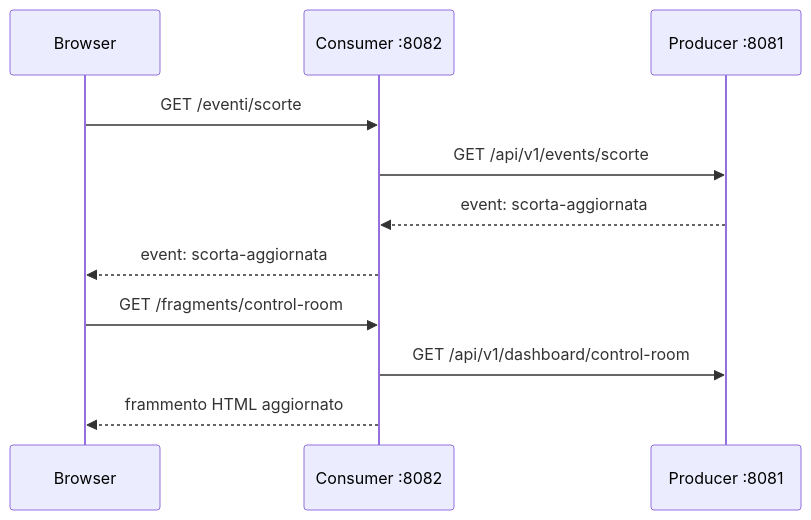
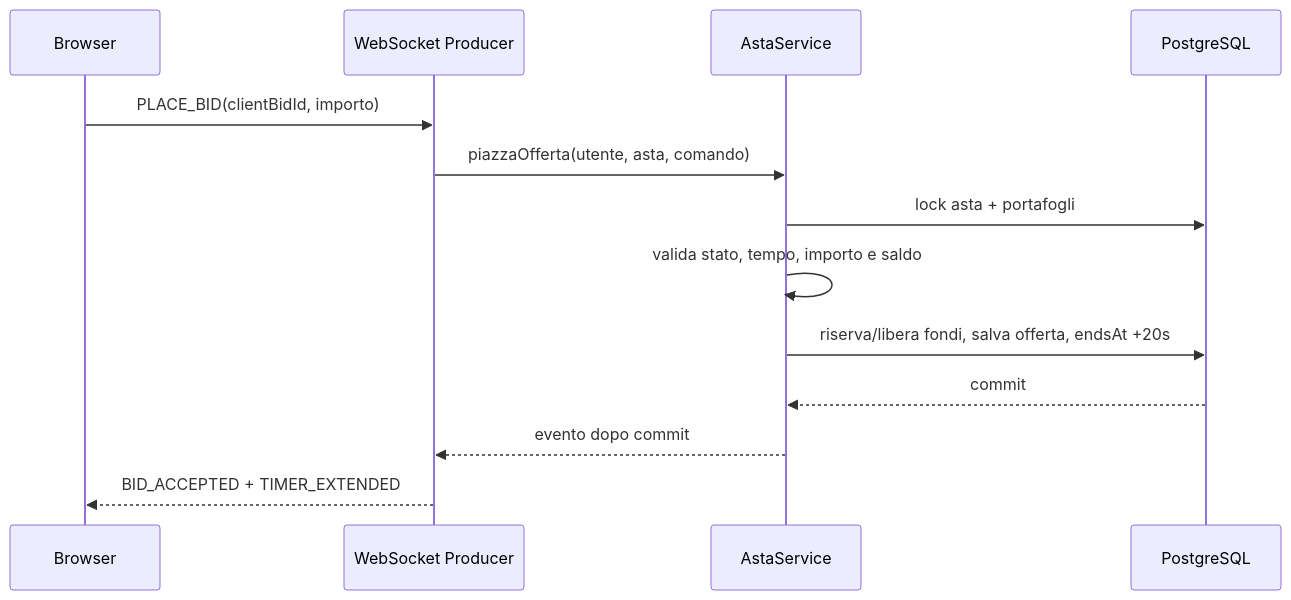
One commit to MatteoCharrierITS/Java-esercitazione-spring-api changed the third of 3 diagrams in docs/02-architettura.md. Above: the diagram before and after it, drawn with Mermaid. The commit also changed other lines of this file and 50 other files, not shown here.

````diff
--- a/docs/02-architettura.md
+++ b/docs/02-architettura.md
@@ -159,13 +77,15 @@
 ```mermaid
 sequenceDiagram
     participant B as Browser
-    participant C as Consumer :8082
-    participant P as Producer :8081
-    B->>C: GET /eventi/scorte
-    C->>P: GET /api/v1/events/scorte
-    P-->>C: event: scorta-aggiornata
-    C-->>B: event: scorta-aggiornata
-    B->>C: GET /fragments/control-room
-    C->>P: GET /api/v1/dashboard/control-room
-    C-->>B: frammento HTML aggiornato
+    participant W as WebSocket Producer
+    participant S as AstaService
+    participant DB as PostgreSQL
+    B->>W: PLACE_BID(clientBidId, importo)
+    W->>S: piazzaOfferta(utente, asta, comando)
+    S->>DB: lock asta + portafogli
+    S->>S: valida stato, tempo, importo e saldo
+    S->>DB: riserva/libera fondi, salva offerta, endsAt +20s
+    DB-->>S: commit
+    S-->>W: evento dopo commit
+    W-->>B: BID_ACCEPTED + TIMER_EXTENDED
 ```
````
